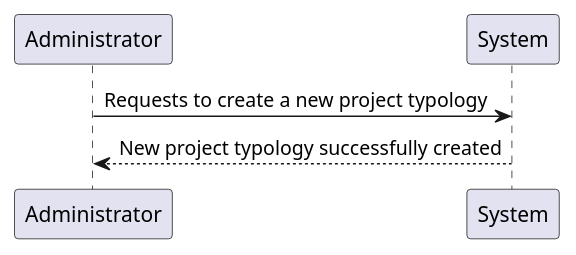
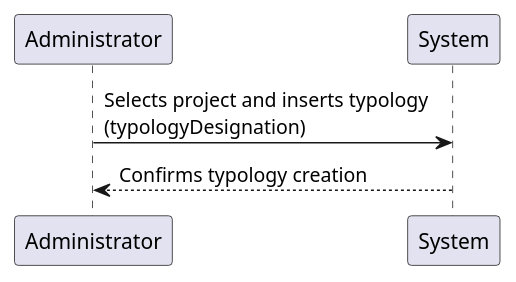
The diagram in docs/modelling_design/user_stories/us007/US007_CreateProjectTypologySSD.puml (ivo-menezes/project_g3), drawn with PlantUML before and after one commit. The commit also changed 5 other files, not shown here.

```diff
--- a/docs/modelling_design/user_stories/us007/US007_CreateProjectTypologySSD.puml
+++ b/docs/modelling_design/user_stories/us007/US007_CreateProjectTypologySSD.puml
@@ -1,7 +1,6 @@
 @startuml
-'https://plantuml.com/sequence-diagram
 
-Administrator -> System: Requests to create a new project typology
-Administrator <-- System: New project typology successfully created
+Administrator -> System: Selects project and inserts typology\n(typologyDesignation)
+Administrator <-- System: Confirms typology creation
 
 @enduml
```
